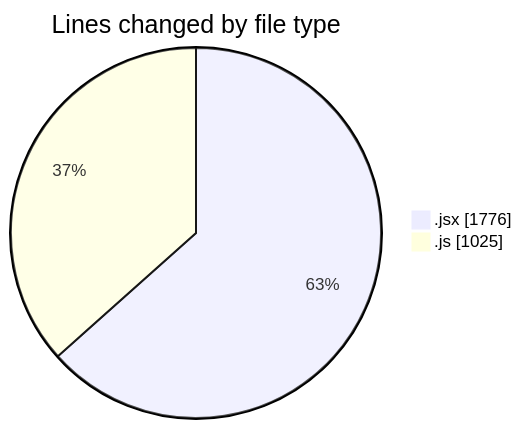
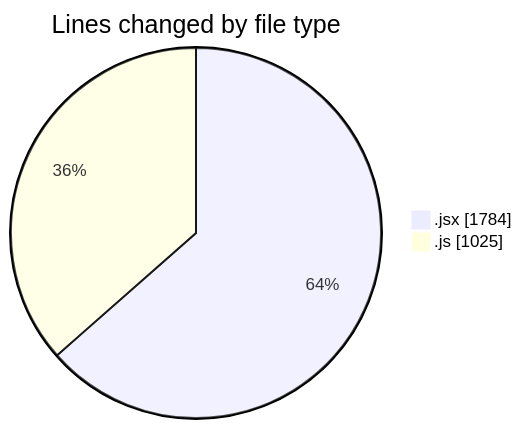
One commit to nxtqubesakshisongat/code-tracking changed the first of 2 diagrams in 2025-08-04/nxtqube_webapp/README.md. Above: the diagram before and after it, drawn with Mermaid. The commit also changed other lines of this file and 1 other file, not shown here.

````diff
--- a/2025-08-04/nxtqube_webapp/README.md
+++ b/2025-08-04/nxtqube_webapp/README.md
@@ -25,6 +25,6 @@
 ```mermaid
 pie showData
 title Lines changed by file type
-".jsx" : 1776
+".jsx" : 1784
 ".js" : 1025
 ```
````
